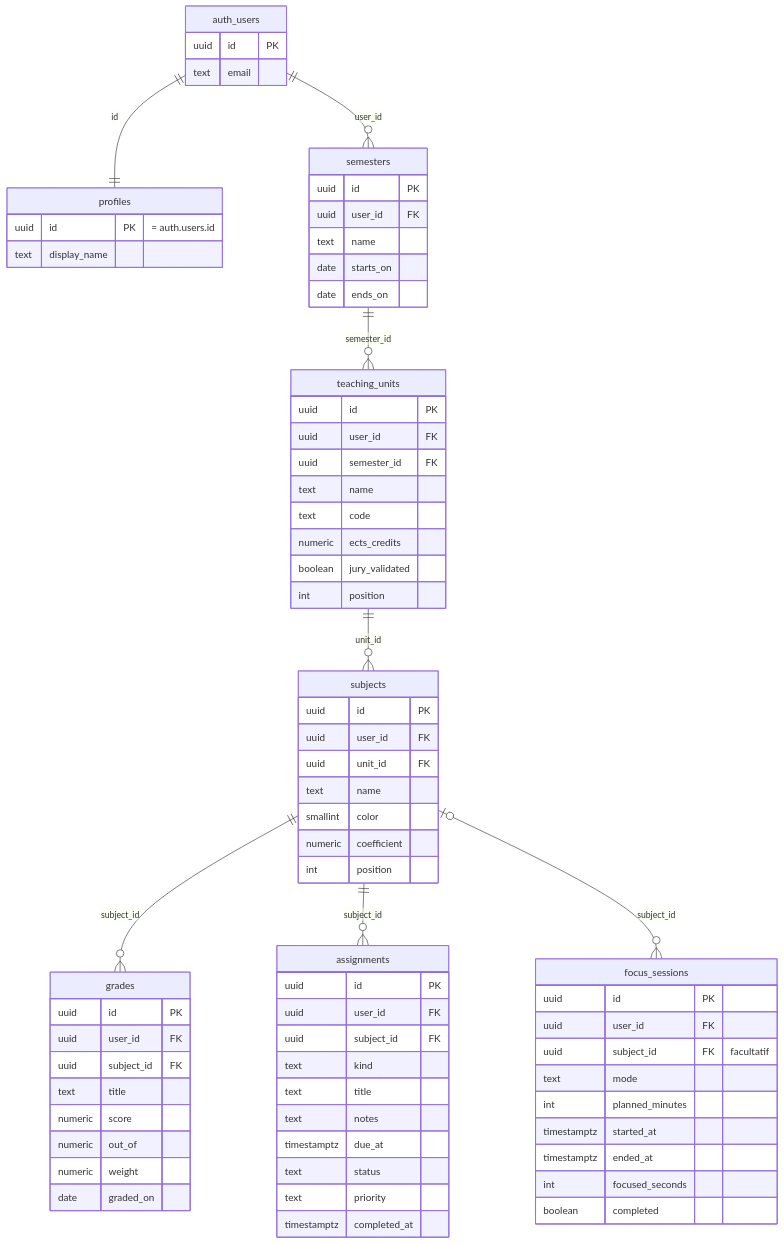
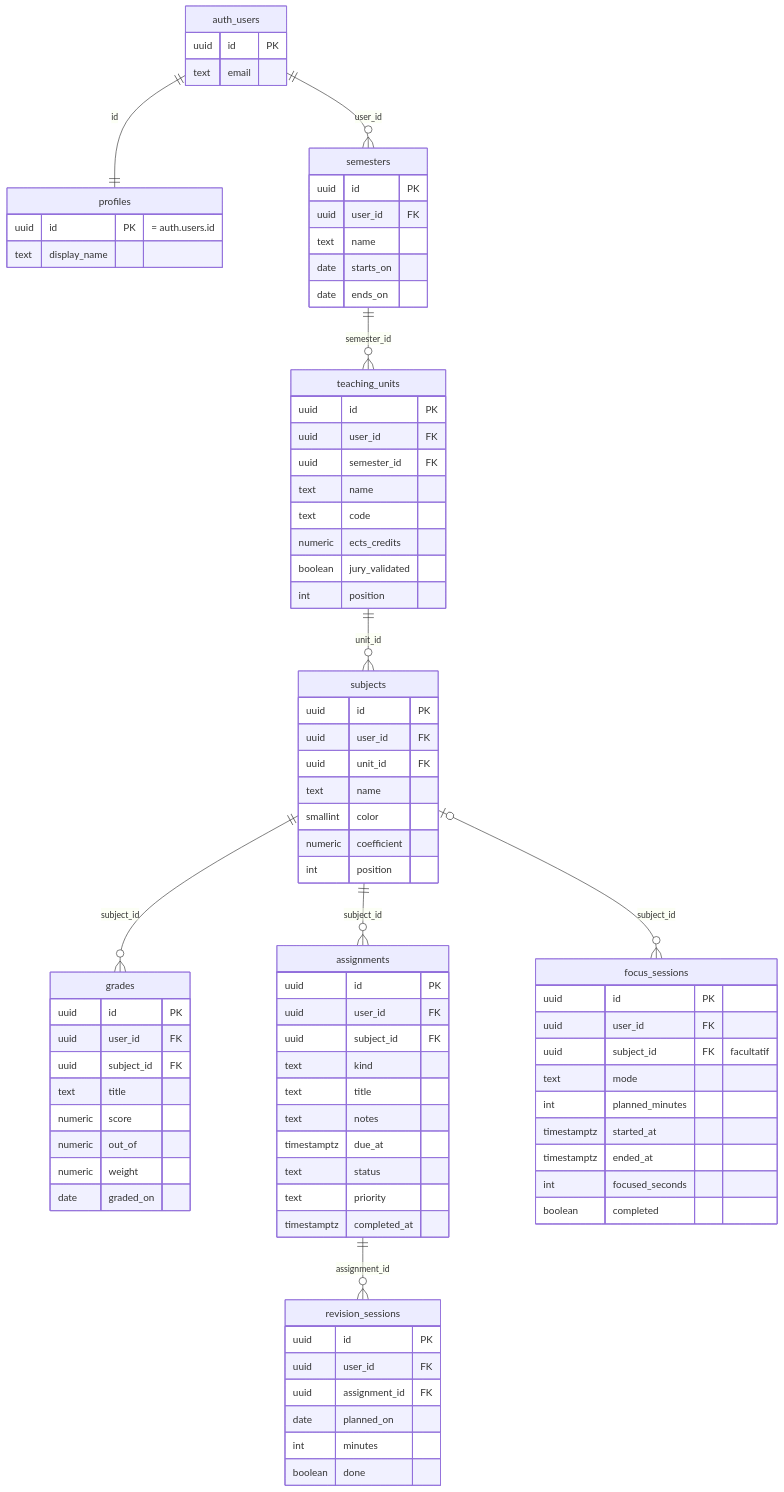
One commit to sllmb/campusflow changed the second of 2 diagrams in docs/modele-de-donnees.md. Above: the diagram before and after it, drawn with Mermaid. The commit also changed other lines of this file and 21 other files, not shown here.

```diff
--- a/docs/modele-de-donnees.md
+++ b/docs/modele-de-donnees.md
@@ -54,6 +57,7 @@
     teaching_units ||--o{ subjects : "unit_id"
     subjects ||--o{ grades : "subject_id"
     subjects ||--o{ assignments : "subject_id"
+    assignments ||--o{ revision_sessions : "assignment_id"
     subjects |o--o{ focus_sessions : "subject_id"
 
     auth_users {
@@ -112,6 +116,14 @@
         text priority
         timestamptz completed_at
     }
+    revision_sessions {
+        uuid id PK
+        uuid user_id FK
+        uuid assignment_id FK
+        date planned_on
+        int minutes
+        boolean done
+    }
     focus_sessions {
         uuid id PK
         uuid user_id FK
```
